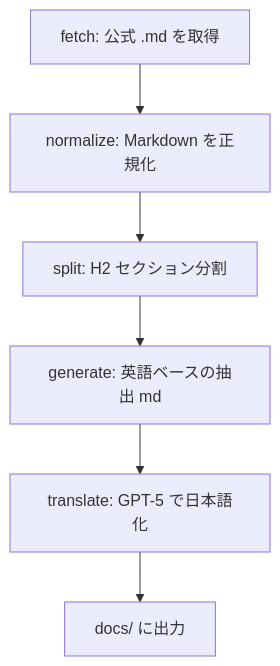
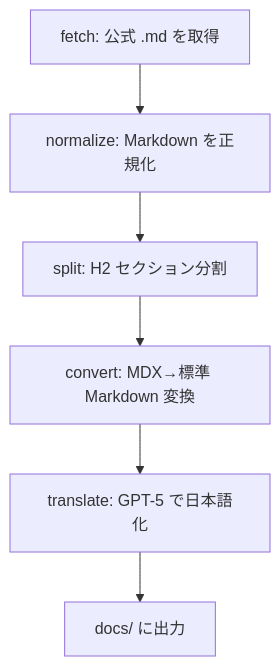
Before and after one commit to yasuhito/agent-kit: the diagram in plans/anthropic-best-practices-pipeline.md, drawn with Mermaid. The commit also changed other lines of this file and 26 other files, not shown here.

````diff
--- a/plans/anthropic-best-practices-pipeline.md
+++ b/plans/anthropic-best-practices-pipeline.md
@@ -13,8 +13,8 @@
 ```mermaid
 flowchart TD
   A[fetch: 公式 .md を取得] --> B[normalize: Markdown を正規化]
   B --> C[split: H2 セクション分割]
-  C --> D[generate: 英語ベースの抽出 md]
+  C --> D[convert: MDX→標準 Markdown 変換]
   D --> E[translate: GPT-5 で日本語化]
   E --> F[docs/ に出力]
 ```
````
